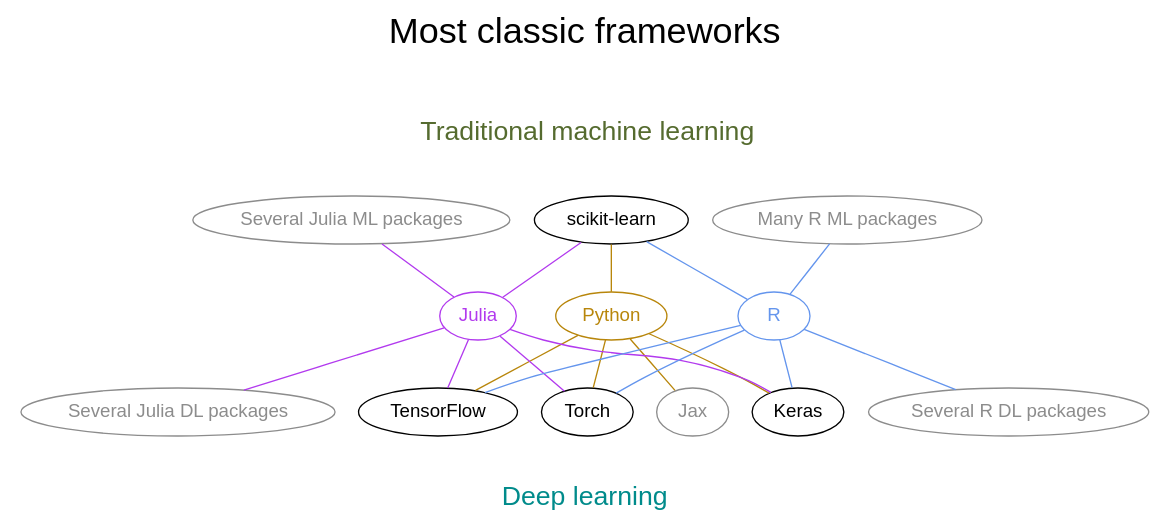
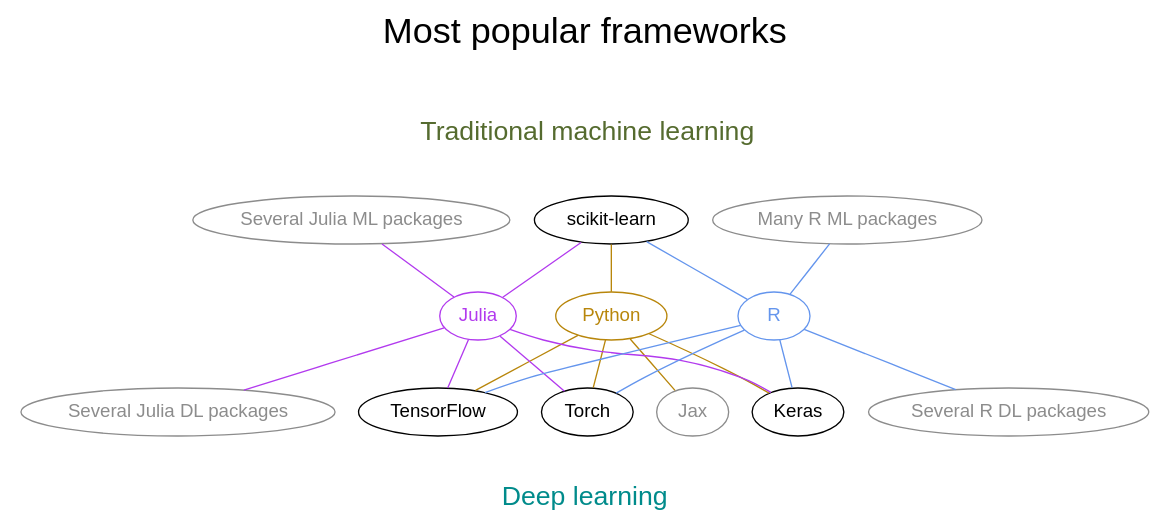
One commit to WestDRI/arc-training changed the third of 16 diagrams in ml/frameworks_slides.qmd. Above: the diagram before and after it, drawn with Graphviz. The commit also changed other lines of this file, not shown here.

Commit message:
finish cleaning frameworks slides

````diff
--- a/ml/frameworks_slides.qmd
+++ b/ml/frameworks_slides.qmd
@@ -115,55 +113,55 @@
 ```{dot}
 //| echo: false
 
 strict graph {
   
 bgcolor="transparent"
 graph [fontname="Inconsolata, sans-serif"]
 node [fontname="Inconsolata, sans-serif"]
-label="Most classic frameworks\n\n"
+label="Most popular frameworks\n\n"
 labelloc=t
 fontsize=27
 
 subgraph cluster_ml {	
   peripheries=0
   label="Traditional machine learning\n\n"
   fontcolor=darkolivegreen
   fontsize=20
   "scikit-learn" "Several Julia ML packages" "Many R ML packages"
 }
 
 subgraph cluster_dl {	
   peripheries=0
   label="\nDeep learning"
   fontcolor=darkcyan
   fontsize=20
   labelloc=b
   Torch TensorFlow Jax Keras "Several Julia DL packages" "Several R DL packages"
 }
 
 Python [color=darkgoldenrod, fontcolor=darkgoldenrod, URL="https://www.python.org/"]
 Julia [color=darkorchid2, fontcolor=darkorchid2, URL="https://julialang.org/"]
 R [color=cornflowerblue, fontcolor=cornflowerblue, URL="https://www.r-project.org/"]
 
 "scikit-learn" -- Python [color=darkgoldenrod]
 Python -- {Torch TensorFlow Jax Keras} [color=darkgoldenrod]
 
 {"Several Julia ML packages" "scikit-learn"} -- Julia [color=darkorchid2]
 Julia -- {"Several Julia DL packages" Torch TensorFlow Keras} [color=darkorchid2]
 
 {"scikit-learn" "Many R ML packages"} -- R [color=cornflowerblue]
 R -- {"Several R DL packages" Torch TensorFlow Keras} [color=cornflowerblue]
 
 "Several Julia ML packages" [color=gray55, fontcolor=gray55]
 "Several Julia DL packages" [color=gray55, fontcolor=gray55]
 "Many R ML packages" [color=gray55, fontcolor=gray55]
 "Several R DL packages" [color=gray55, fontcolor=gray55]
 Jax [color=gray55, fontcolor=gray55, URL="https://jax.readthedocs.io/en/latest/index.html"]
 
 "scikit-learn" [URL="https://scikit-learn.org/stable/"]
 Keras [URL="https://keras.io/"]
 TensorFlow [URL="https://www.tensorflow.org/"]
 Torch [URL="https://pytorch.org/"]
 
 }
 ```
````
